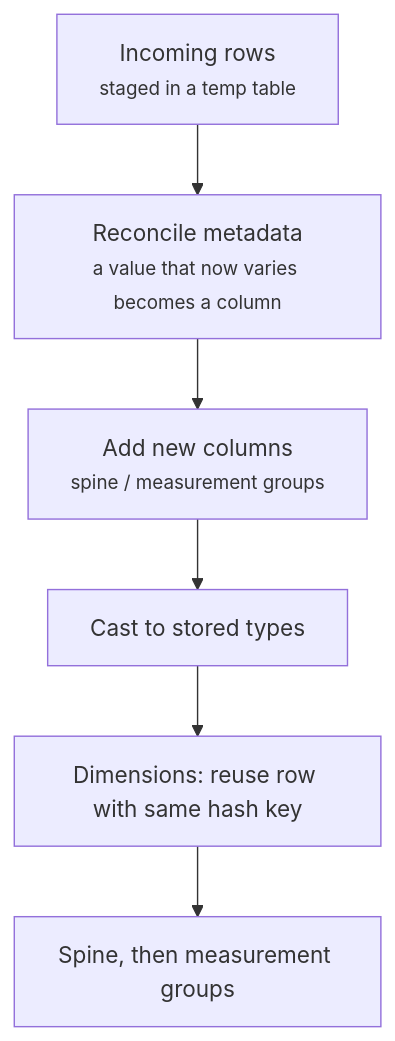
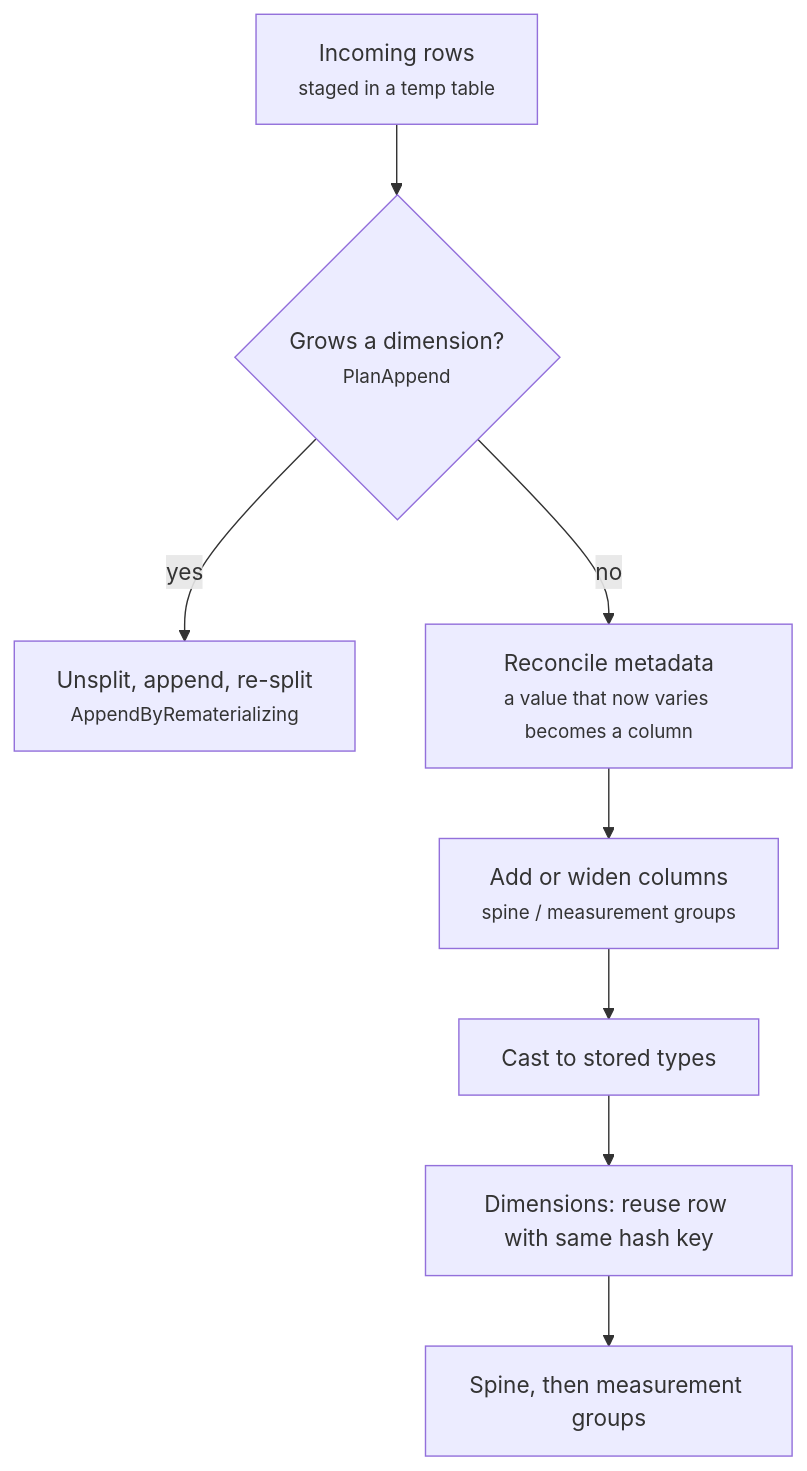
Before and after one commit to squalor-xyz/DataBall: the ninth of 15 diagrams in docs/how-it-works.md, drawn with Mermaid. The commit also changed other lines of this file and 5 other files, not shown here.

First line of the commit message:
docs: refresh how-it-works diagrams, commit HTML/PDF renders and add render script.

````diff
--- a/docs/how-it-works.md
+++ b/docs/how-it-works.md
@@ -172,8 +172,10 @@
 ```mermaid
 flowchart TD
-    A["Incoming rows<br/><small>staged in a temp table</small>"] --> B["Reconcile metadata<br/><small>a value that now varies becomes a column</small>"]
-    B --> C["Add new columns<br/><small>spine / measurement groups</small>"]
+    A["Incoming rows<br/><small>staged in a temp table</small>"] --> P{"Grows a dimension?<br/><small>PlanAppend</small>"}
+    P -- yes --> R["Unsplit, append, re-split<br/><small>AppendByRematerializing</small>"]
+    P -- no --> B["Reconcile metadata<br/><small>a value that now varies becomes a column</small>"]
+    B --> C["Add or widen columns<br/><small>spine / measurement groups</small>"]
     C --> D["Cast to stored types"]
     D --> E["Dimensions: reuse row with same hash key"]
     E --> F["Spine, then measurement groups"]
 ```
````
